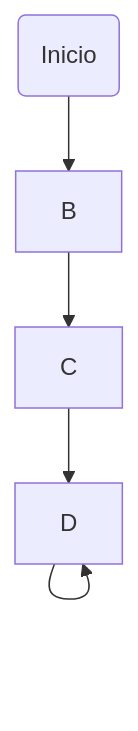
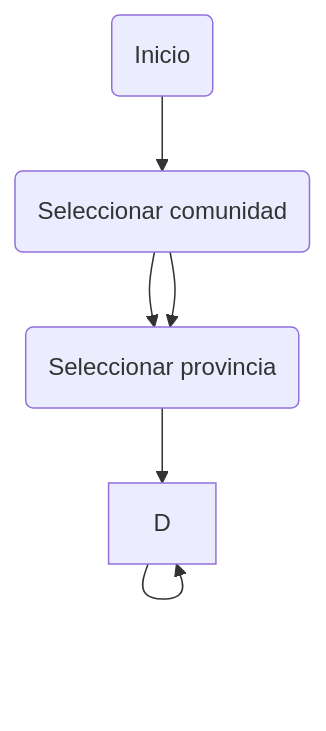
One commit to juancmacias/juancmacias changed the diagram in README.md. Above: the diagram before and after it, drawn with Mermaid.

````diff
--- a/README.md
+++ b/README.md
@@ -12,7 +12,7 @@
 ```mermaid
 graph TD;
-    A(Inicio)-->B;
+    A(Inicio)-->B(Seleccionar comunidad)-->C(Seleccionar provincia);
     B-->C;
     C-->D;
     D-->D;
 ```
````
